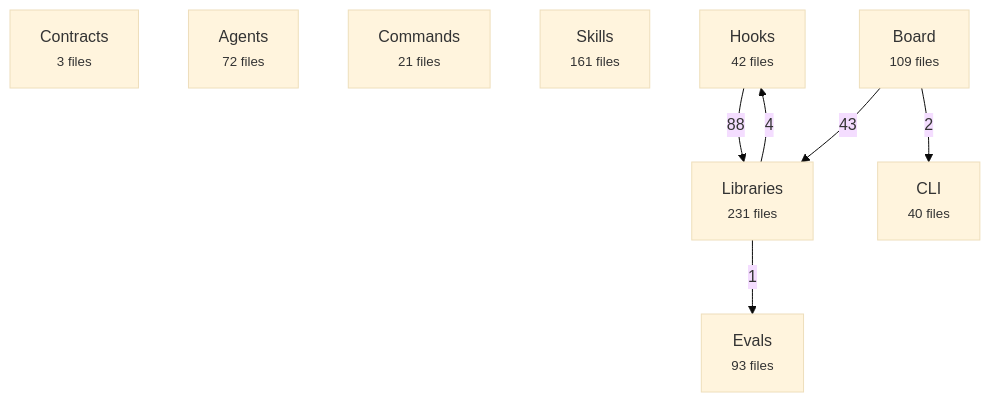
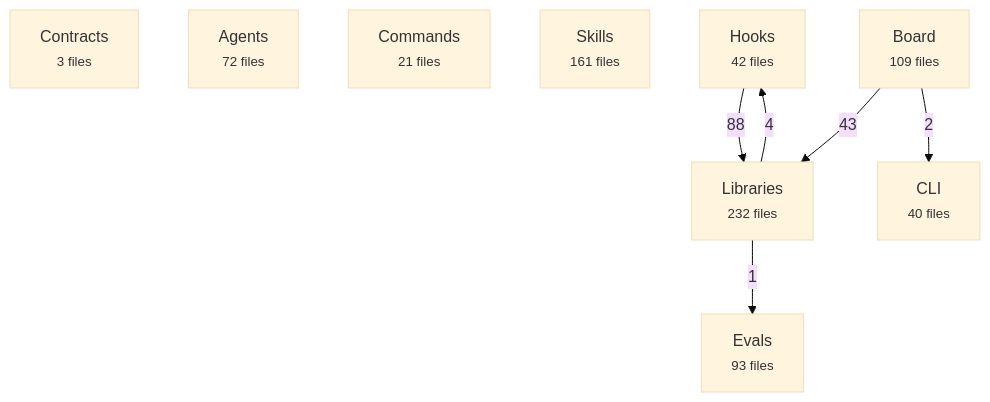
One commit to avelikiy/great_cto changed the first of 2 diagrams in docs/reference/architecture-map.md. Above: the diagram before and after it, drawn with Mermaid (base theme). The commit also changed other lines of this file and 7 other files, not shown here.

````diff
--- a/docs/reference/architecture-map.md
+++ b/docs/reference/architecture-map.md
@@ -20,17 +20,17 @@
 ```mermaid
 flowchart TD
   contracts["Contracts<br/><small>3 files</small>"]
   agents["Agents<br/><small>72 files</small>"]
   commands["Commands<br/><small>21 files</small>"]
   skills["Skills<br/><small>161 files</small>"]
   hooks["Hooks<br/><small>42 files</small>"]
-  libs["Libraries<br/><small>231 files</small>"]
+  libs["Libraries<br/><small>232 files</small>"]
   board["Board<br/><small>109 files</small>"]
   cli["CLI<br/><small>40 files</small>"]
   evals["Evals<br/><small>93 files</small>"]
   hooks -->|88| libs
   board -->|43| libs
   libs -->|4| hooks
   board -->|2| cli
   libs -->|1| evals
 ```
````
